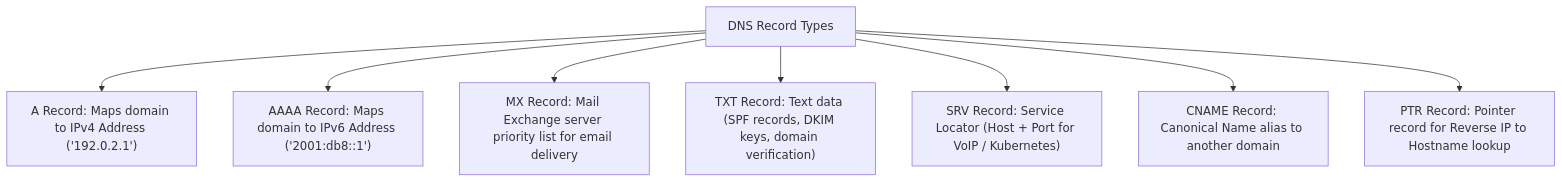
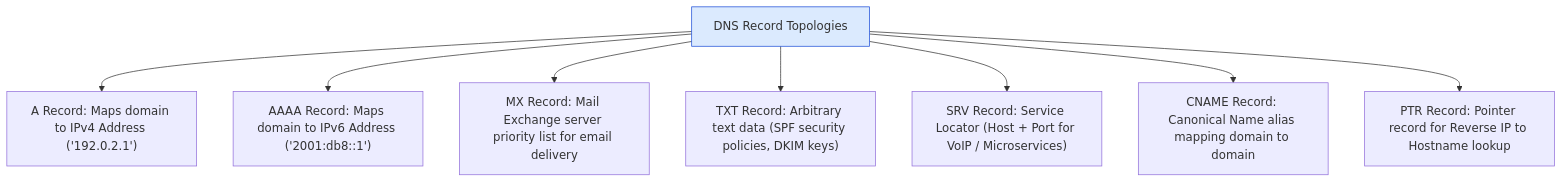
The second of 3 diagrams in nodejs-notes/24-dns-module.md (Amie-dev/engineering-playbook), drawn with Mermaid before and after one commit. The commit also changed other lines of this file and 31 other files, not shown here.

````diff
--- a/nodejs-notes/24-dns-module.md
+++ b/nodejs-notes/24-dns-module.md
@@ -36,10 +41,12 @@
 ```mermaid
-graph TD
-    RecordTypes[DNS Record Types] --> A["A Record: Maps domain to IPv4 Address ('192.0.2.1')"]
+flowchart TD
+    RecordTypes[DNS Record Topologies] --> A["A Record: Maps domain to IPv4 Address ('192.0.2.1')"]
     RecordTypes --> AAAA["AAAA Record: Maps domain to IPv6 Address ('2001:db8::1')"]
     RecordTypes --> MX["MX Record: Mail Exchange server priority list for email delivery"]
-    RecordTypes --> TXT["TXT Record: Text data (SPF records, DKIM keys, domain verification)"]
-    RecordTypes --> SRV["SRV Record: Service Locator (Host + Port for VoIP / Kubernetes)"]
-    RecordTypes --> CNAME["CNAME Record: Canonical Name alias to another domain"]
+    RecordTypes --> TXT["TXT Record: Arbitrary text data (SPF security policies, DKIM keys)"]
+    RecordTypes --> SRV["SRV Record: Service Locator (Host + Port for VoIP / Microservices)"]
+    RecordTypes --> CNAME["CNAME Record: Canonical Name alias mapping domain to domain"]
     RecordTypes --> PTR["PTR Record: Pointer record for Reverse IP to Hostname lookup"]
+
+    style RecordTypes fill:#dbeafe,stroke:#1d4ed8
 ```
````
